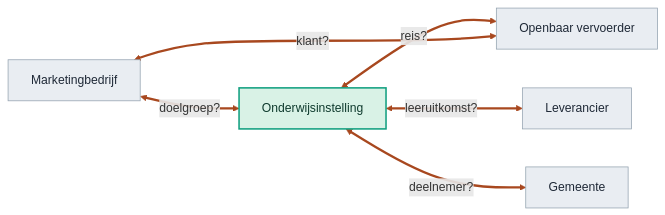
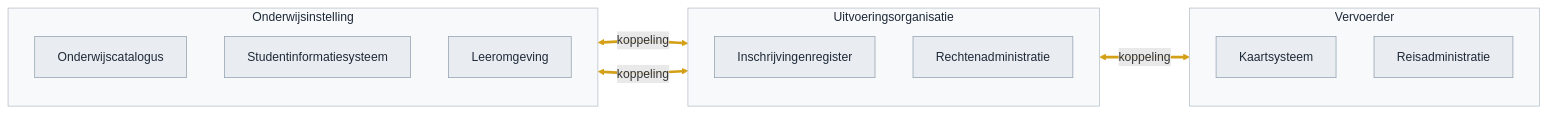
The fifth of 8 diagrams in presentaties/src/260904_ai_houdbaarheid.md (Npuls-OKx/meta), drawn with Mermaid before and after one commit. The commit also changed other lines of this file and 2 other files, not shown here.

````diff
--- a/presentaties/src/260904_ai_houdbaarheid.md
+++ b/presentaties/src/260904_ai_houdbaarheid.md
@@ -311,19 +343,33 @@
 ```mermaid
 flowchart LR
-  INST["Onderwijsinstelling"]
-  LEV["Leverancier"]
-  OV["Openbaar vervoerder"]
-  MARK["Marketingbedrijf"]
-  GEM["Gemeente"]
-  INST <-->|"leeruitkomst?"| LEV
-  INST <-->|"deelnemer?"| GEM
-  INST <-->|"reis?"| OV
-  MARK <-->|"klant?"| OV
-  MARK <-->|"doelgroep?"| INST
-  style INST fill:#d9f2e6,stroke:#0E9E7E,stroke-width:2px,color:#0f3b2e
-  style LEV fill:#e9edf2,stroke:#94a3b0,color:#1f2937
-  style OV fill:#e9edf2,stroke:#94a3b0,color:#1f2937
-  style MARK fill:#e9edf2,stroke:#94a3b0,color:#1f2937
-  style GEM fill:#e9edf2,stroke:#94a3b0,color:#1f2937
-  linkStyle 0,1,2,3,4 stroke:#A8481F,stroke-width:3px
+  subgraph ONDERWIJS["Onderwijsinstelling"]
+    direction TB
+    OC["Onderwijscatalogus"]
+    SIS["Studentinformatiesysteem"]
+    LMS["Leeromgeving"]
+  end
+  subgraph OVERHEID["Uitvoeringsorganisatie"]
+    direction TB
+    INSCHR["Inschrijvingenregister"]
+    RECHT["Rechtenadministratie"]
+  end
+  subgraph VERVOER["Vervoerder"]
+    direction TB
+    KAART["Kaartsysteem"]
+    REIS["Reisadministratie"]
+  end
+  SIS <-->|"koppeling"| INSCHR
+  RECHT <-->|"koppeling"| KAART
+  OC <-->|"koppeling"| RECHT
+  style ONDERWIJS fill:#f7f9fb,stroke:#b7c0ca,color:#1f2937
+  style OVERHEID fill:#f7f9fb,stroke:#b7c0ca,color:#1f2937
+  style VERVOER fill:#f7f9fb,stroke:#b7c0ca,color:#1f2937
+  style OC fill:#e9edf2,stroke:#94a3b0,color:#1f2937
+  style SIS fill:#e9edf2,stroke:#94a3b0,color:#1f2937
+  style LMS fill:#e9edf2,stroke:#94a3b0,color:#1f2937
+  style INSCHR fill:#e9edf2,stroke:#94a3b0,color:#1f2937
+  style RECHT fill:#e9edf2,stroke:#94a3b0,color:#1f2937
+  style KAART fill:#e9edf2,stroke:#94a3b0,color:#1f2937
+  style REIS fill:#e9edf2,stroke:#94a3b0,color:#1f2937
+  linkStyle 0,1,2 stroke:#D4A017,stroke-width:3.5px
 ```
````
